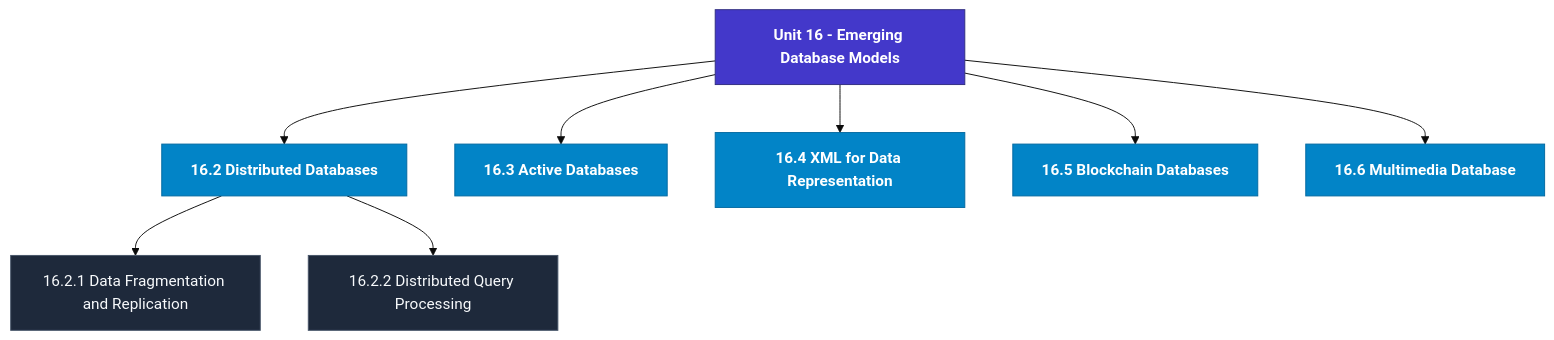
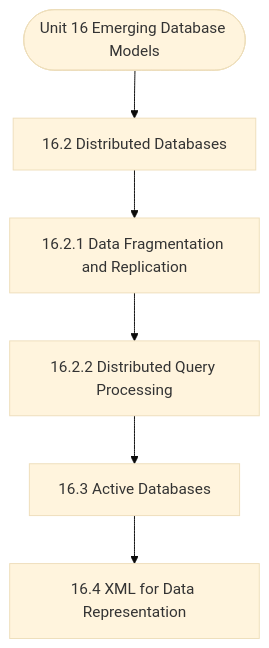
Before and after one commit to Asutosh-Coaching/mscdsa: the diagram in notes/Semester_1/MCS-207_Database_Management_Systems/unit_16_Emerging_Database_Models.md, drawn with Mermaid (base theme). The commit also changed other lines of this file and 115 other files, not shown here.

Commit message:
Fix Mermaid layout for mobile, isolate LaTeX delimiters, and add GitHub Pages reader

````diff
--- a/notes/Semester_1/MCS-207_Database_Management_Systems/unit_16_Emerging_Database_Models.md
+++ b/notes/Semester_1/MCS-207_Database_Management_Systems/unit_16_Emerging_Database_Models.md
@@ -19,23 +19,14 @@
 ```mermaid
 flowchart TD
-  %% Styling Definitions
-  classDef head fill:#4338ca,stroke:#312e81,color:#ffffff,font-weight:bold;
-  classDef topic fill:#0284c7,stroke:#0369a1,color:#ffffff,font-weight:600;
-  classDef sub fill:#1e293b,stroke:#475569,color:#f8fafc;
-
-  Root["Unit 16 - Emerging Database Models"]:::head
-  M1["16.2 Distributed Databases"]:::topic
-  Root --> M1
-  M1_1["16.2.1 Data Fragmentation and Replication"]:::sub
-  M1 --> M1_1
-  M1_2["16.2.2 Distributed Query Processing"]:::sub
-  M1 --> M1_2
-  M2["16.3 Active Databases"]:::topic
-  Root --> M2
-  M3["16.4 XML for Data Representation"]:::topic
-  Root --> M3
-  M4["16.5 Blockchain Databases"]:::topic
-  Root --> M4
-  M5["16.6 Multimedia Database"]:::topic
-  Root --> M5
+  Start(["Unit 16 Emerging Database Models"])
+  N1["16.2 Distributed Databases"]
+  N2["16.2.1 Data Fragmentation and Replication"]
+  N3["16.2.2 Distributed Query Processing"]
+  N4["16.3 Active Databases"]
+  N5["16.4 XML for Data Representation"]
+  Start --> N1
+  N1 --> N2
+  N2 --> N3
+  N3 --> N4
+  N4 --> N5
 ```
````
